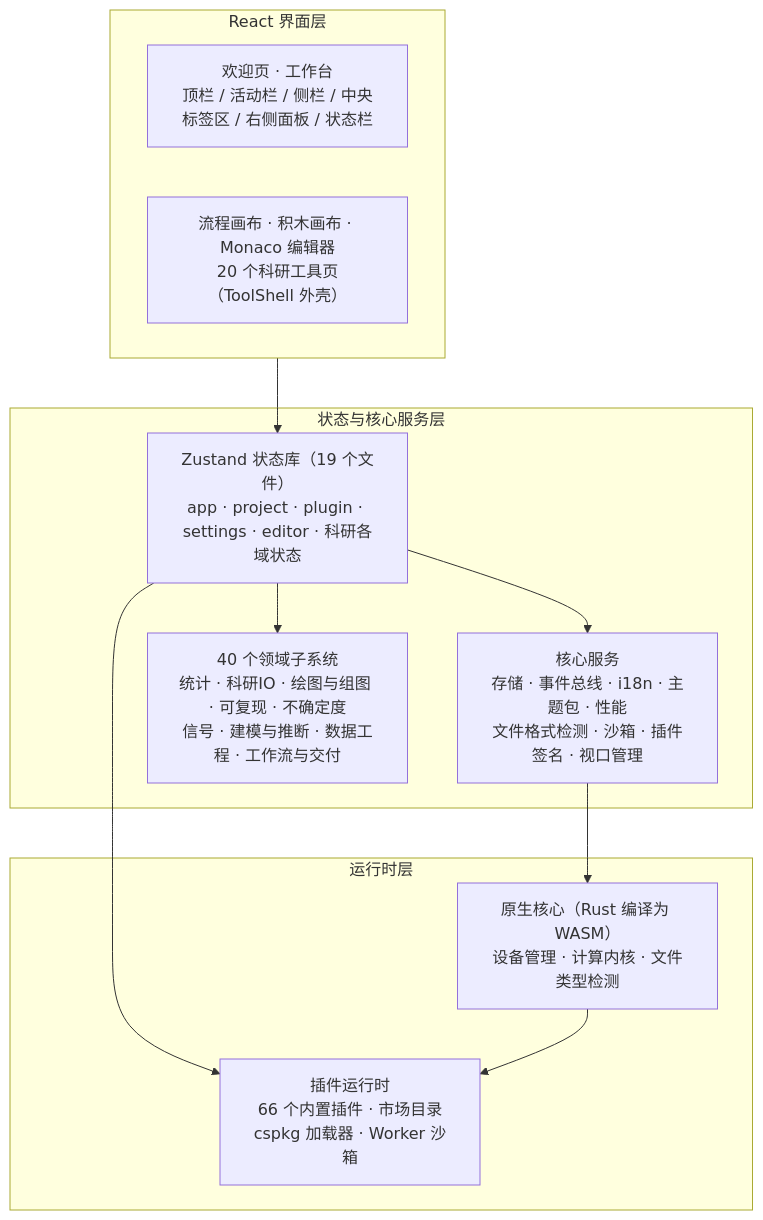
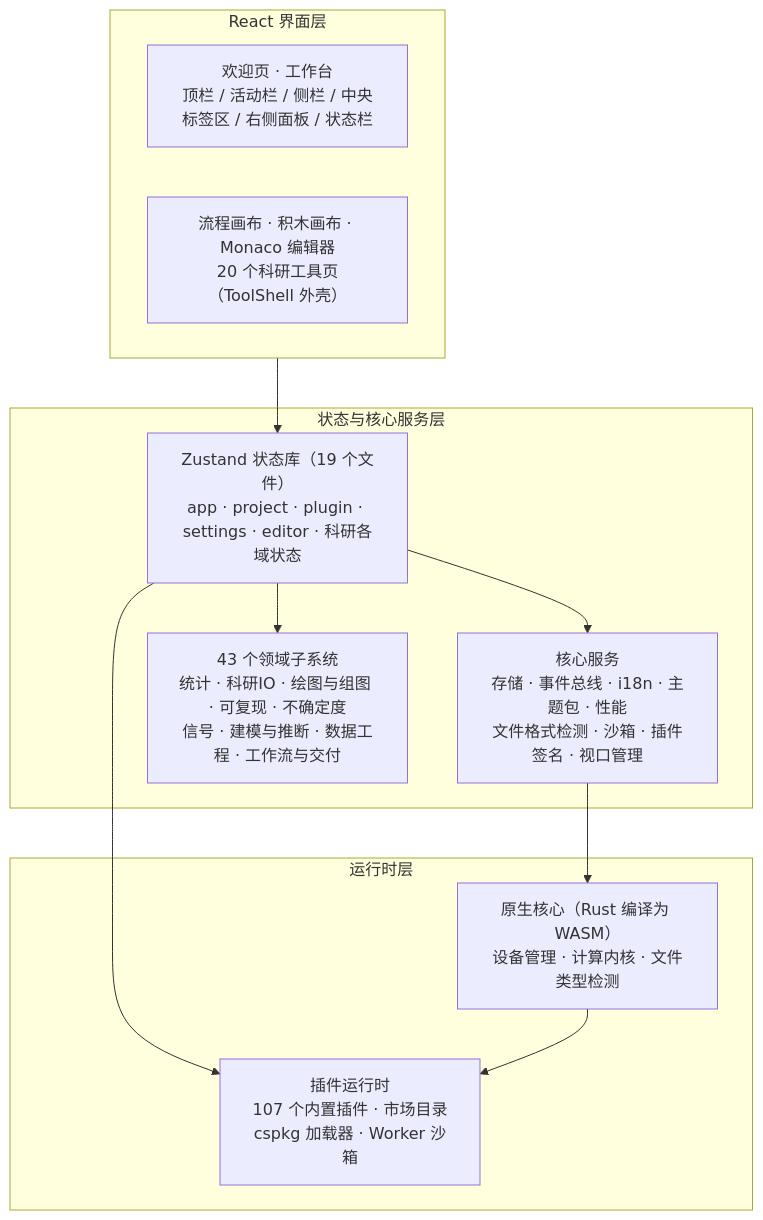
One commit to SnowLeopard-io/ErgalicsStudio changed the second of 3 diagrams in docs/technical/01-产品介绍.md. Above: the diagram before and after it, drawn with Mermaid. The commit also changed other lines of this file and 33 other files, not shown here.

````diff
--- a/docs/technical/01-产品介绍.md
+++ b/docs/technical/01-产品介绍.md
@@ -102,22 +102,22 @@
 ```mermaid
 flowchart TB
     subgraph UI["React 界面层"]
         A1["欢迎页 · 工作台<br/>顶栏 / 活动栏 / 侧栏 / 中央标签区 / 右侧面板 / 状态栏"]
         A2["流程画布 · 积木画布 · Monaco 编辑器<br/>20 个科研工具页（ToolShell 外壳）"]
     end
     subgraph State["状态与核心服务层"]
         B1["Zustand 状态库（19 个文件）<br/>app · project · plugin · settings · editor · 科研各域状态"]
         B2["核心服务<br/>存储 · 事件总线 · i18n · 主题包 · 性能<br/>文件格式检测 · 沙箱 · 插件签名 · 视口管理"]
-        B3["40 个领域子系统<br/>统计 · 科研IO · 绘图与组图 · 可复现 · 不确定度<br/>信号 · 建模与推断 · 数据工程 · 工作流与交付"]
+        B3["43 个领域子系统<br/>统计 · 科研IO · 绘图与组图 · 可复现 · 不确定度<br/>信号 · 建模与推断 · 数据工程 · 工作流与交付"]
     end
     subgraph Runtime["运行时层"]
-        C1["插件运行时<br/>66 个内置插件 · 市场目录<br/>cspkg 加载器 · Worker 沙箱"]
+        C1["插件运行时<br/>107 个内置插件 · 市场目录<br/>cspkg 加载器 · Worker 沙箱"]
         C2["原生核心（Rust 编译为 WASM）<br/>设备管理 · 计算内核 · 文件类型检测"]
     end
     UI --> B1
     B1 --> B2
     B1 --> B3
     B1 --> C1
     B2 --> C2
     C2 --> C1
 ```
````
